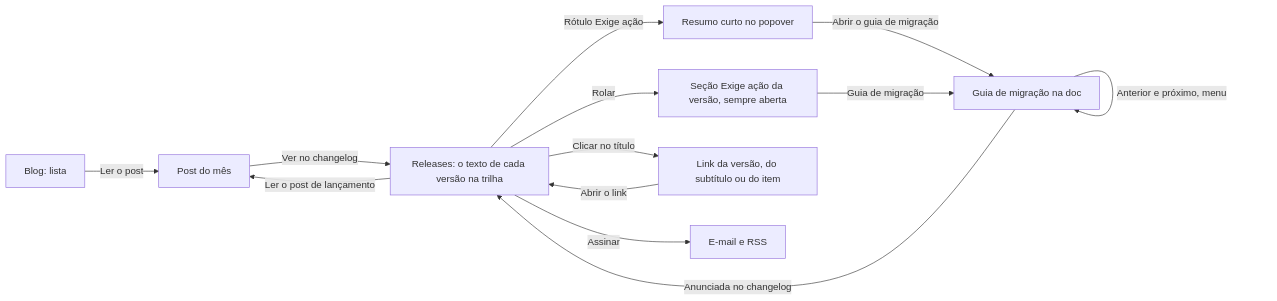
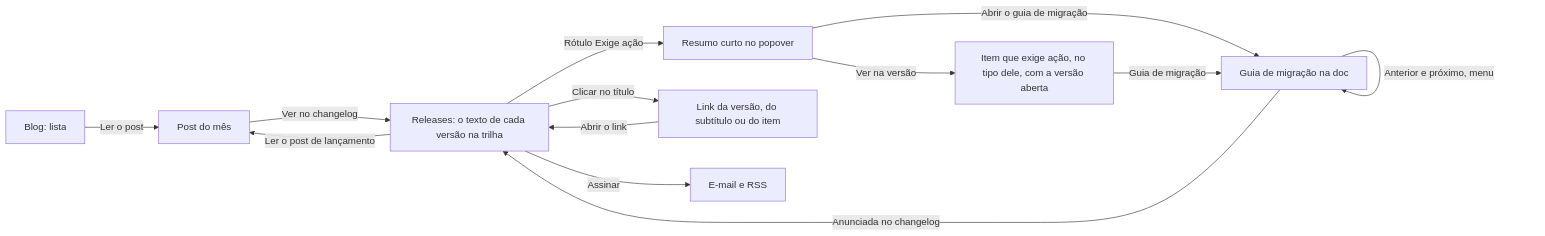
The diagram in app/pages/releases-no-docs/DECISOES.md (pernalombr4/prototipos), drawn with Mermaid before and after one commit. The commit also changed other lines of this file and 3 other files, not shown here.

Commit message:
[PROTO] releases-no-docs — rodada 11 — sai a seção Exige ação: a mudança é um item do tipo dela, com o rótulo no item, e o resumo do topo ganha Ver na versão

````diff
--- a/app/pages/releases-no-docs/DECISOES.md
+++ b/app/pages/releases-no-docs/DECISOES.md
@@ -28,15 +29,15 @@
 ```mermaid
 flowchart LR
   B[Blog: lista] -->|Ler o post| P[Post do mês]
   P -->|Ver no changelog| C[Releases: o texto de cada versão na trilha]
   C -->|Ler o post de lançamento| P
   C -->|Rótulo Exige ação| O[Resumo curto no popover]
   O -->|Abrir o guia de migração| G
-  C -->|Rolar| R[Seção Exige ação da versão, sempre aberta]
+  O -->|Ver na versão| R[Item que exige ação, no tipo dele, com a versão aberta]
   R -->|Guia de migração| G[Guia de migração na doc]
   G -->|Anunciada no changelog| C
   G -->|Anterior e próximo, menu| G
   C -->|Clicar no título| L[Link da versão, do subtítulo ou do item]
   L -->|Abrir o link| C
   C -->|Assinar| A[E-mail e RSS]
 ```
````
